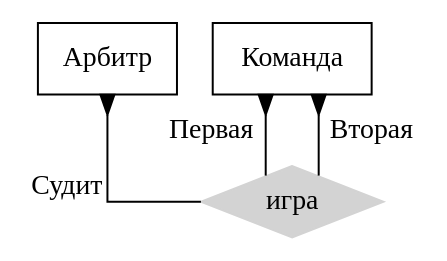
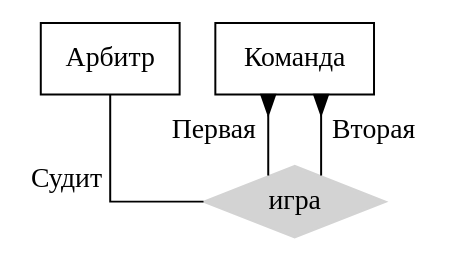
One commit to rokymiel/BD_B2019_PING_7 changed the diagram in Practice 2/Костя Борисов/task2_2.dot. Above: the diagram before and after it, drawn with Graphviz. The commit also changed 6 other files, not shown here.

```diff
--- a/Practice 2/Костя Борисов/task2_2.dot
+++ b/Practice 2/Костя Борисов/task2_2.dot
@@ -1,12 +1,12 @@
 digraph ER {
   #layout=neato;
   Арбитр [shape=box];
   Команда [shape=box];
   Игра [shape=diamond, style=filled, color=lightgrey, label="игра"];
 
   splines=ortho;
   edge [arrowtail=inv, arrowhead=inv, dir=back];
-  Арбитр -> Игра [xlabel="Судит"];
+  Арбитр -> Игра [xlabel="Судит", dir=none];
   Команда -> Игра [xlabel="Первая"];
   Команда -> Игра [xlabel="Вторая"];
 }
```
